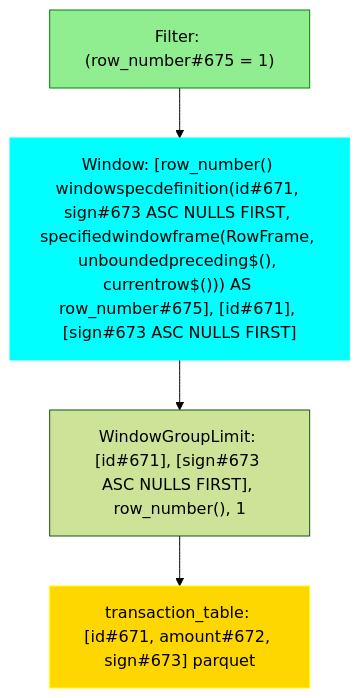
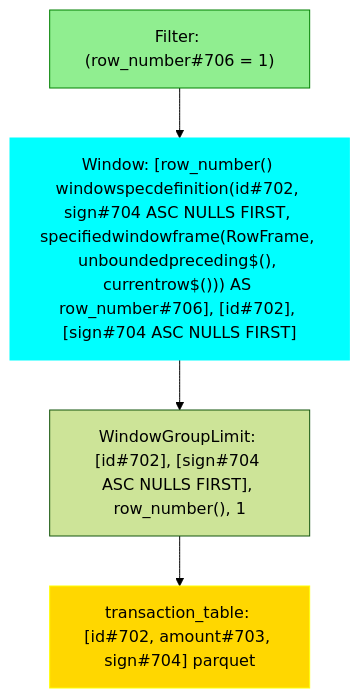
The diagram in data/visualization/window_column_4.mmd (NielkNetraam/explainalyzed), drawn with Mermaid (forest theme) before and after one commit. The commit also changed 29 other files, not shown here.

```diff
--- a/data/visualization/window_column_4.mmd
+++ b/data/visualization/window_column_4.mmd
@@ -1,17 +1,17 @@
 flowchart TD
     classDef PROJECT stroke:Blue,fill:LightBlue,color:black
     classDef FILTER stroke:Green,fill:LightGreen,color:black
     classDef UNION stroke:Purple,fill:Violet,color:black
     classDef JOIN stroke:DarkOrange,fill:Orange,color:black
     classDef RELATION stroke:Yellow,fill:Gold,color:black
     classDef AGGREGATE stroke:Brown,fill:Chocolate,color:black
     classDef WINDOW stroke:Aqua,fill:Cyan,color:black
 
-    Filter#00001["Filter: (row_number#675 = 1)"]:::FILTER
-    Window#00002["Window: [row_number() windowspecdefinition(id#671, sign#673 ASC NULLS FIRST, specifiedwindowframe(RowFrame, unboundedpreceding$(), currentrow$())) AS row_number#675], [id#671], [sign#673 ASC NULLS FIRST]"]:::WINDOW
-    WindowGroupLimit#00003["WindowGroupLimit: [id#671], [sign#673 ASC NULLS FIRST], row_number(), 1"]:::WINDOWGROUPLIMIT
-    Relation#00004["transaction_table: [id#671, amount#672, sign#673] parquet"]:::RELATION
+    Filter#00001["Filter: (row_number#706 = 1)"]:::FILTER
+    Window#00002["Window: [row_number() windowspecdefinition(id#702, sign#704 ASC NULLS FIRST, specifiedwindowframe(RowFrame, unboundedpreceding$(), currentrow$())) AS row_number#706], [id#702], [sign#704 ASC NULLS FIRST]"]:::WINDOW
+    WindowGroupLimit#00003["WindowGroupLimit: [id#702], [sign#704 ASC NULLS FIRST], row_number(), 1"]:::WINDOWGROUPLIMIT
+    Relation#00004["transaction_table: [id#702, amount#703, sign#704] parquet"]:::RELATION
 
     Filter#00001 --> Window#00002
         Window#00002 --> WindowGroupLimit#00003
             WindowGroupLimit#00003 --> Relation#00004
```
